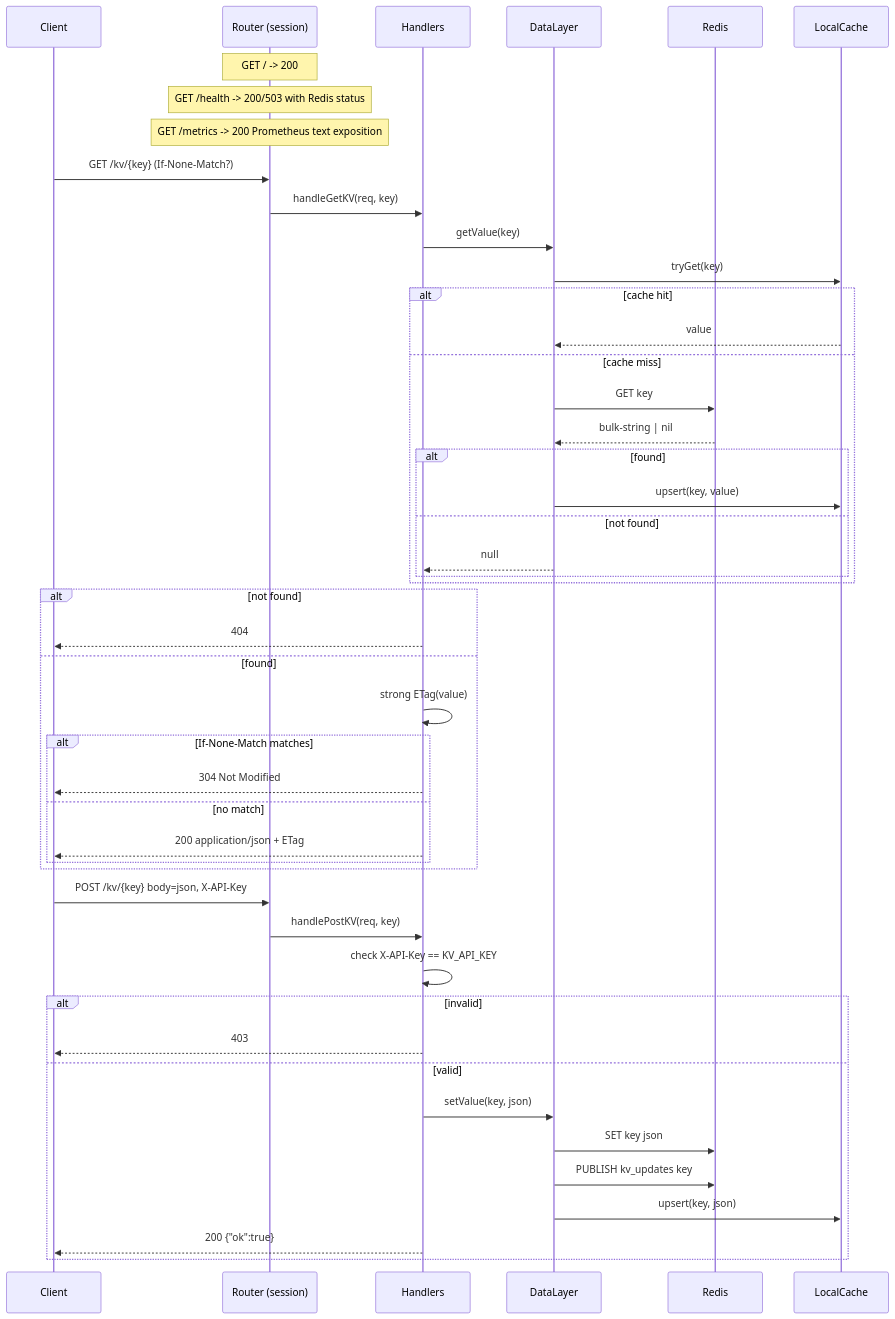
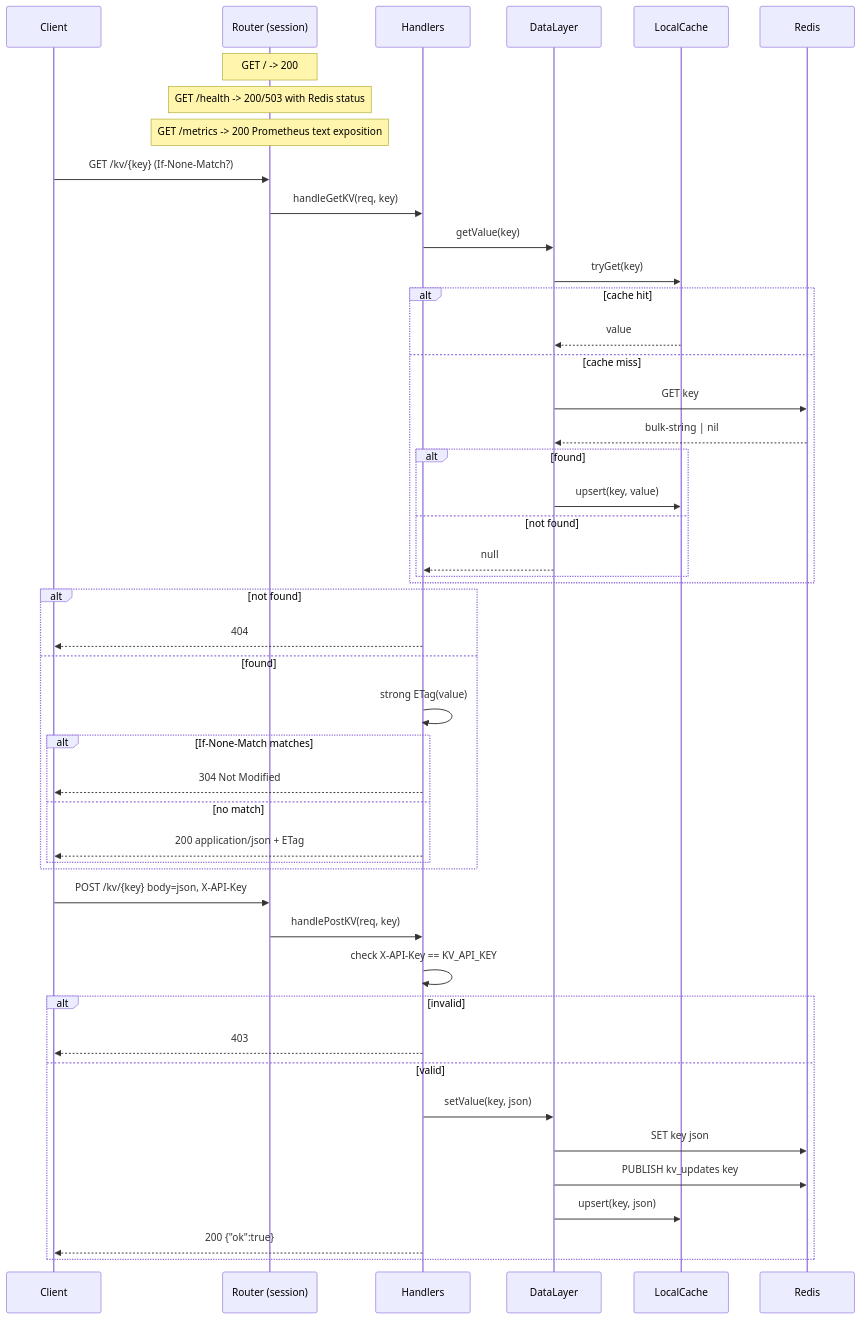
The second of 3 diagrams in README.md (willosof/kvstore), drawn with Mermaid before and after one commit. The commit also changed other lines of this file, not shown here.

Commit message:
Update README to correct participant formatting in sequence diagram

````diff
--- a/README.md
+++ b/README.md
@@ -36,52 +36,52 @@
 ```mermaid
 sequenceDiagram
   participant C as Client
   participant R as Router (session)
   participant H as Handlers
   participant D as DataLayer
+  participant Ca as LocalCache
   participant Re as Redis
-  participant Ca as LocalCache
 
   Note over R: GET / -> 200
   Note over R: GET /health -> 200/503 with Redis status
   Note over R: GET /metrics -> 200 Prometheus text exposition
 
   C->>R: GET /kv/{key} (If-None-Match?)
   R->>H: handleGetKV(req, key)
   H->>D: getValue(key)
   D->>Ca: tryGet(key)
   alt cache hit
     Ca-->>D: value
   else cache miss
     D->>Re: GET key
     Re-->>D: bulk-string | nil
     alt found
       D->>Ca: upsert(key, value)
     else not found
       D-->>H: null
     end
   end
   alt not found
     H-->>C: 404
   else found
     H->>H: strong ETag(value)
     alt If-None-Match matches
       H-->>C: 304 Not Modified
     else no match
       H-->>C: 200 application/json + ETag
     end
   end
 
   C->>R: POST /kv/{key} body=json, X-API-Key
   R->>H: handlePostKV(req, key)
   H->>H: check X-API-Key == KV_API_KEY
   alt invalid
     H-->>C: 403
   else valid
     H->>D: setValue(key, json)
     D->>Re: SET key json
     D->>Re: PUBLISH kv_updates key
     D->>Ca: upsert(key, json)
     H-->>C: 200 {"ok":true}
   end
 ```
````
